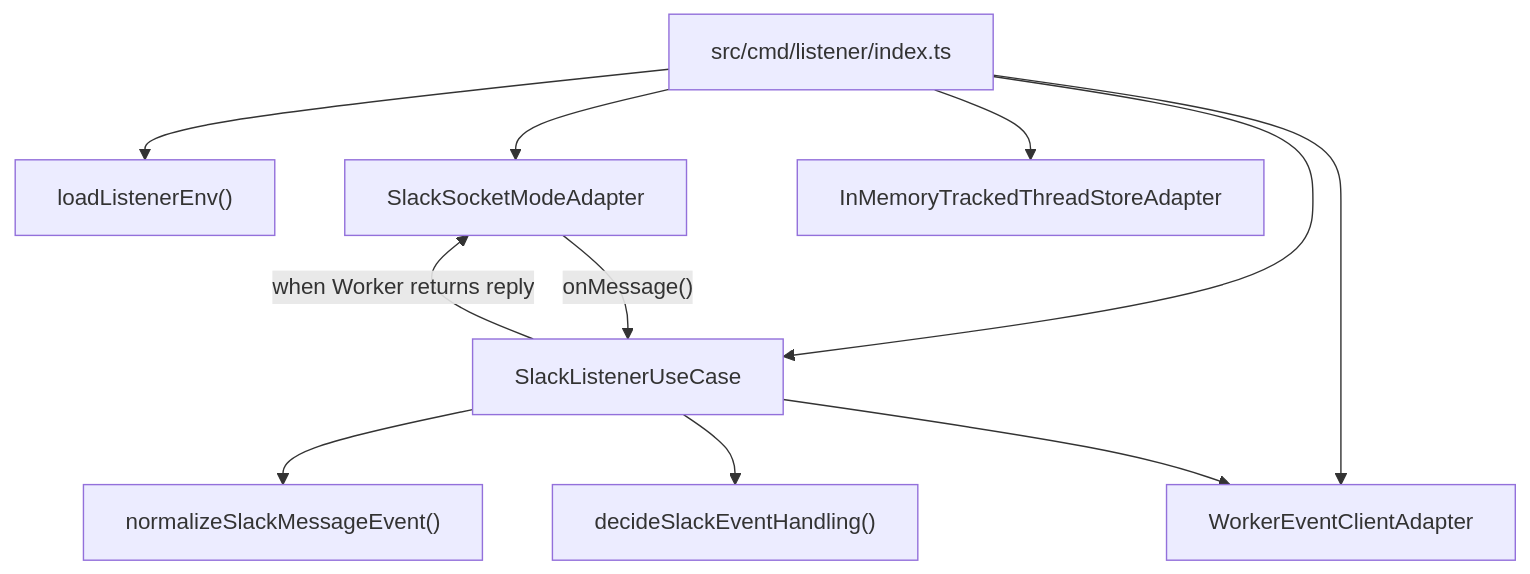
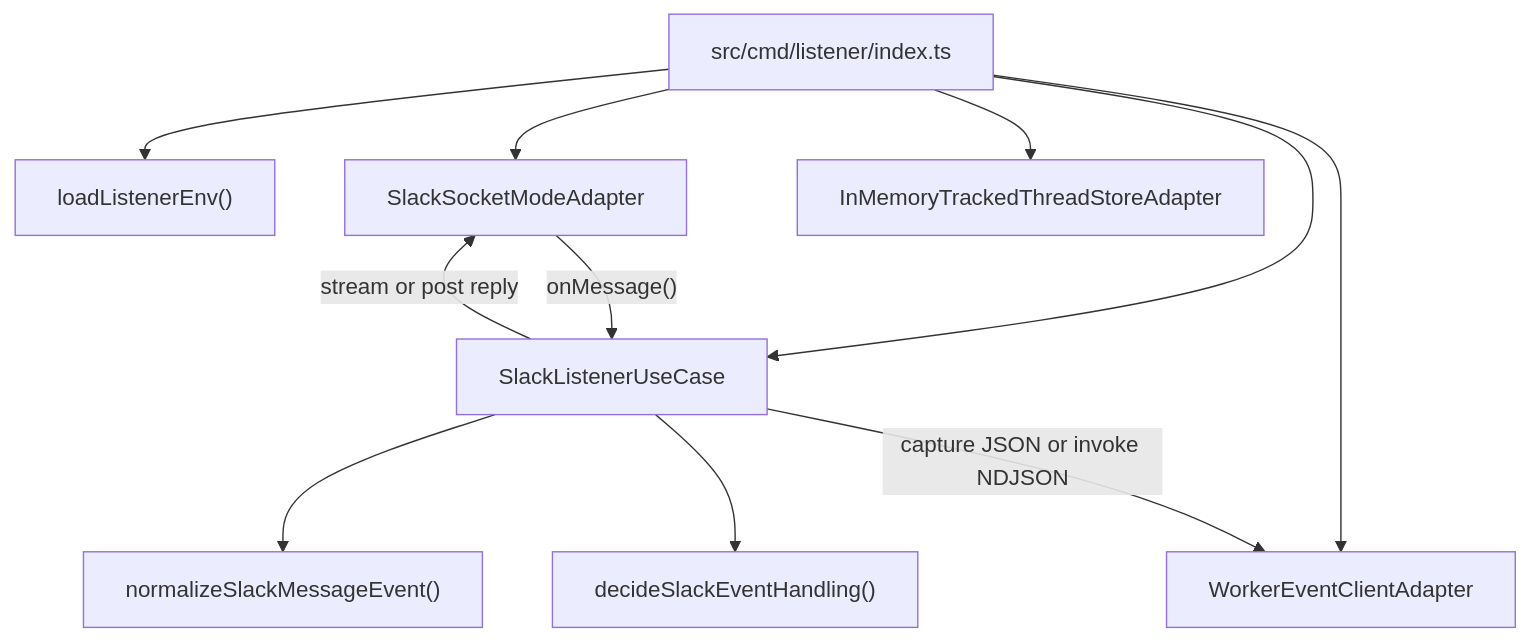
The second of 5 diagrams in README.md (GorobVictor/slack-ai-agent-v3), drawn with Mermaid before and after one commit. The commit also changed other lines of this file and 1 other file, not shown here.

First line of the commit message:
ref: document Slack streaming replies

````diff
--- a/README.md
+++ b/README.md
@@ -188,13 +189,13 @@
 ```mermaid
 flowchart TD
   main["src/cmd/listener/index.ts"] --> env["loadListenerEnv()"]
   main --> slack["SlackSocketModeAdapter"]
   main --> workerClient["WorkerEventClientAdapter"]
   main --> trackedThreads["InMemoryTrackedThreadStoreAdapter"]
   main --> useCase["SlackListenerUseCase"]
   slack -->|"onMessage()"| useCase
   useCase --> normalizer["normalizeSlackMessageEvent()"]
   useCase --> filter["decideSlackEventHandling()"]
-  useCase --> workerClient
-  useCase -->|"when Worker returns reply"| slack
+  useCase -->|"capture JSON or invoke NDJSON"| workerClient
+  useCase -->|"stream or post reply"| slack
 ```
````
